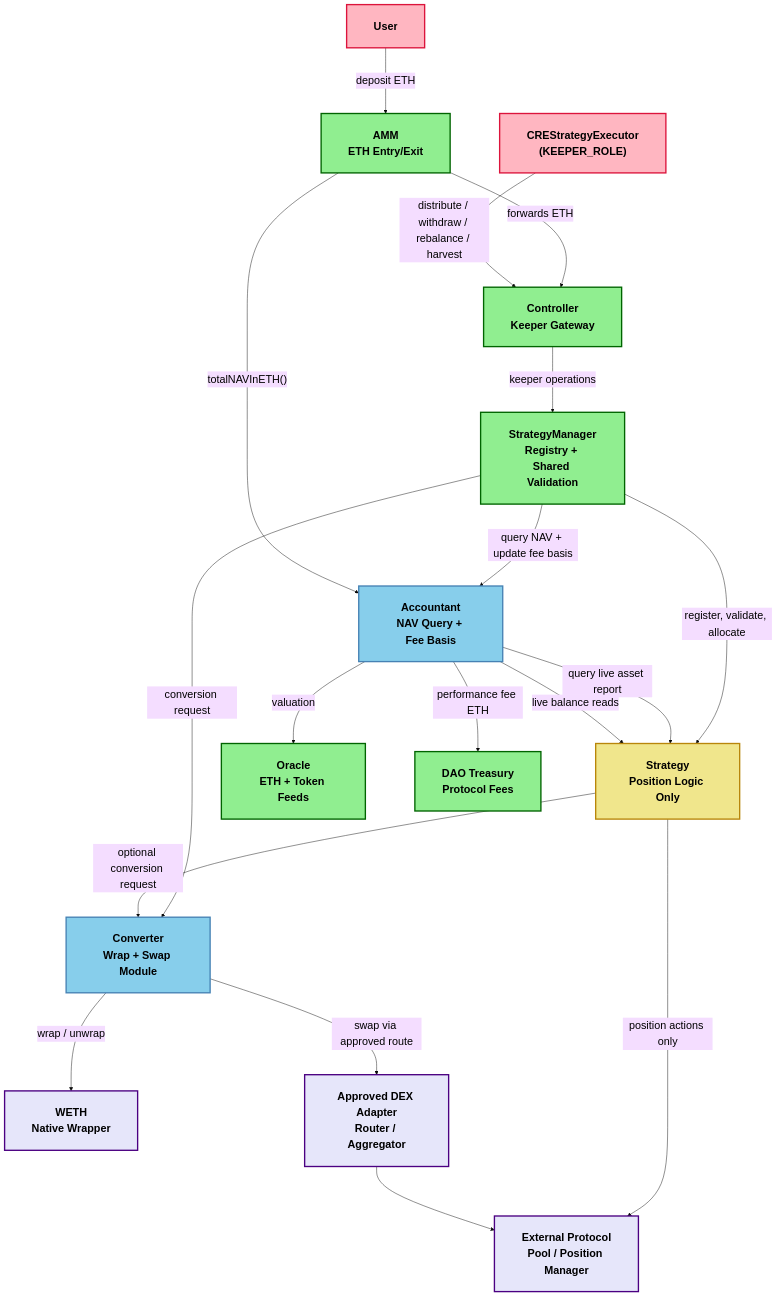
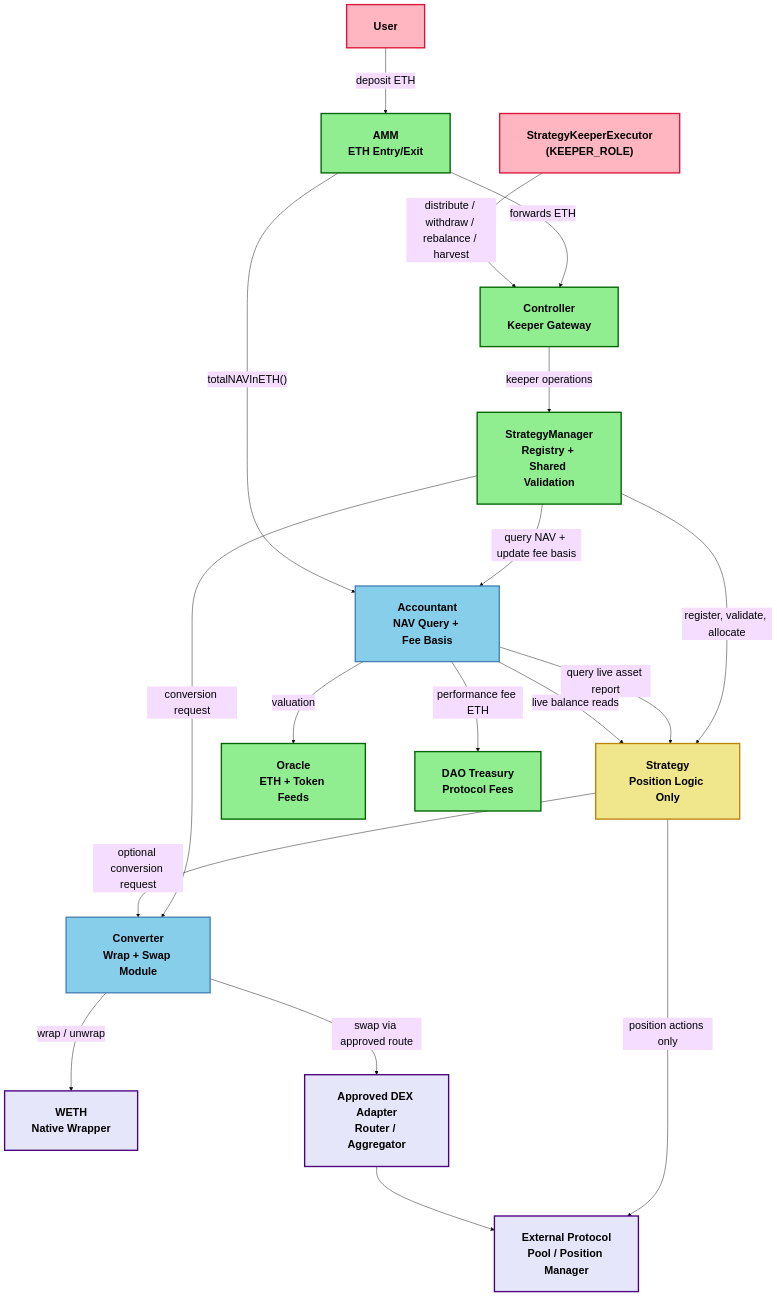
The first of 6 diagrams in mermaid/converter-accountant.md (everstrat-xyz/contracts), drawn with Mermaid before and after one commit. The commit also changed 36 other files, not shown here.

````diff
--- a/mermaid/converter-accountant.md
+++ b/mermaid/converter-accountant.md
@@ -65,51 +65,51 @@
 ```mermaid
 %%{init: {'theme':'base', 'themeVariables': { 'fontSize': '24px', 'primaryTextColor': '#000000'}, 'flowchart': {'nodeSpacing': 110, 'rankSpacing': 110, 'padding': 30}}}%%
 graph TB
     User["User"]
-    Keeper["CREStrategyExecutor<br/>(KEEPER_ROLE)"]
+    Keeper["StrategyKeeperExecutor<br/>(KEEPER_ROLE)"]
     AMM["AMM<br/>ETH Entry/Exit"]
     Controller["Controller<br/>Keeper Gateway"]
     StrategyManager["StrategyManager<br/>Registry + Shared Validation"]
     Accounting["Accountant<br/>NAV Query + Fee Basis"]
     Converter["Converter<br/>Wrap + Swap Module"]
     Strategy["Strategy<br/>Position Logic Only"]
     UniPool["External Protocol<br/>Pool / Position Manager"]
     WETH["WETH<br/>Native Wrapper"]
     Router["Approved DEX Adapter<br/>Router / Aggregator"]
     Oracle["Oracle<br/>ETH + Token Feeds"]
     Treasury["DAO Treasury<br/>Protocol Fees"]
 
     User -->|"deposit ETH"| AMM
     AMM -->|"forwards ETH"| Controller
     Keeper -->|"distribute / withdraw / rebalance / harvest"| Controller
     Controller -->|"keeper operations"| StrategyManager
 
     StrategyManager -->|"register, validate, allocate"| Strategy
     StrategyManager -->|"conversion request"| Converter
     StrategyManager -->|"query NAV + update fee basis"| Accounting
 
     Strategy -->|"position actions only"| UniPool
     Accounting -->|"query live asset report"| Strategy
     Strategy -->|"optional conversion request"| Converter
 
     Converter -->|"wrap / unwrap"| WETH
     Converter -->|"swap via approved route"| Router
     Router --> UniPool
 
     Accounting -->|"valuation"| Oracle
     Accounting -->|"performance fee ETH"| Treasury
     AMM -->|"totalNAVInETH()"| Accounting
     Accounting -->|"live balance reads"| Strategy
 
     classDef core fill:#90EE90,stroke:#006400,stroke-width:3px,font-weight:bold,color:#000000
     classDef module fill:#87CEEB,stroke:#4682B4,stroke-width:3px,font-weight:bold,color:#000000
     classDef strategy fill:#F0E68C,stroke:#B8860B,stroke-width:3px,font-weight:bold,color:#000000
     classDef external fill:#E6E6FA,stroke:#4B0082,stroke-width:3px,font-weight:bold,color:#000000
     classDef actor fill:#FFB6C1,stroke:#DC143C,stroke-width:3px,font-weight:bold,color:#000000
 
     class AMM,Controller,StrategyManager,Oracle,Treasury core
     class Accounting,Converter module
     class Strategy strategy
     class UniPool,WETH,Router external
     class User,Keeper actor
 ```
````
